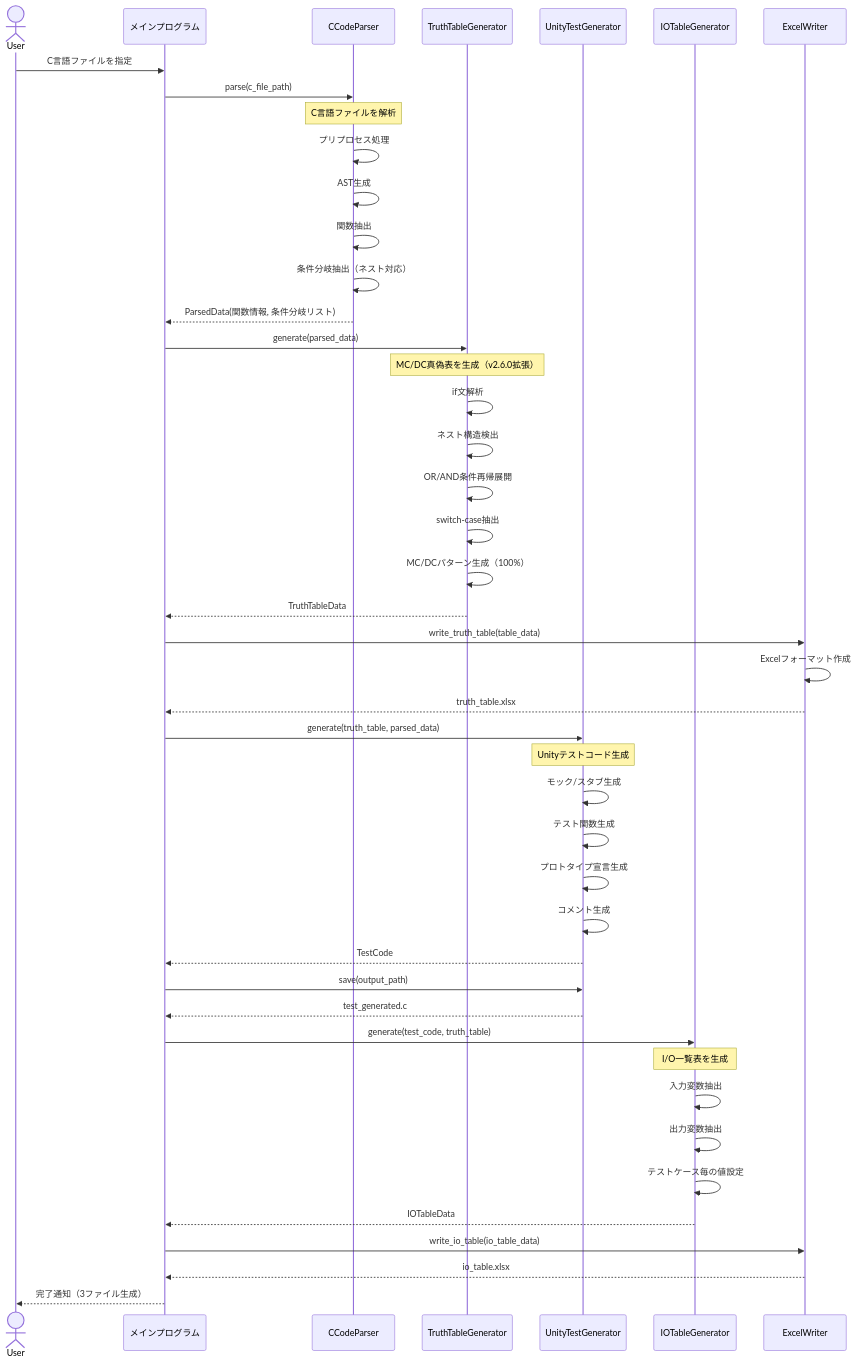
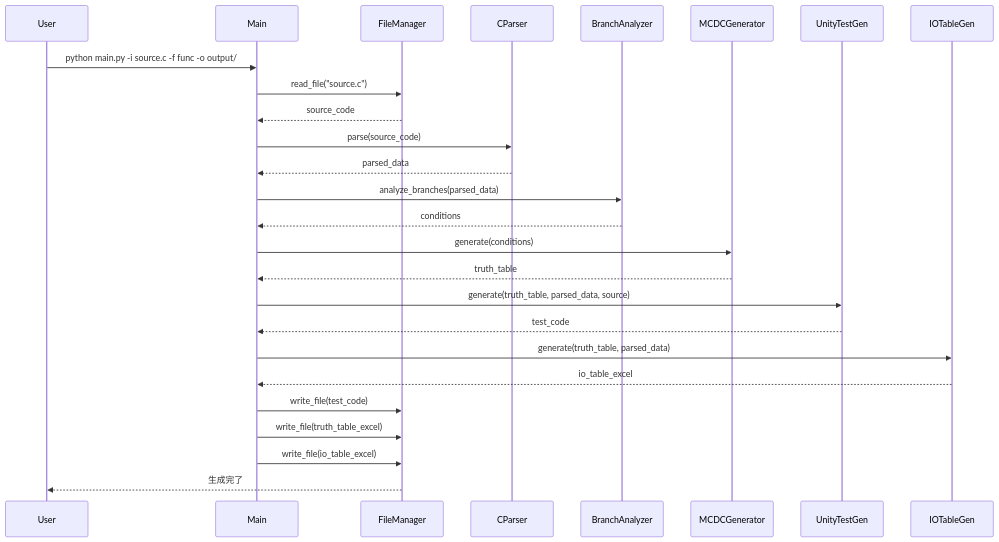
The first of 14 diagrams in doc/design_sequence_diagram.md (ryu5791/AutoUniTestGen), drawn with Mermaid before and after one commit. The commit also changed other lines of this file and 4 other files, not shown here.

````diff
--- a/doc/design_sequence_diagram.md
+++ b/doc/design_sequence_diagram.md
@@ -11,56 +22,37 @@
 ```mermaid
 sequenceDiagram
-    actor User
-    participant Main as メインプログラム
-    participant Parser as CCodeParser
-    participant TruthTable as TruthTableGenerator
-    participant TestGen as UnityTestGenerator
-    participant IOTable as IOTableGenerator
-    participant Excel as ExcelWriter
-
-    User->>Main: C言語ファイルを指定
-    Main->>Parser: parse(c_file_path)
+    participant User
+    participant Main
+    participant FileManager
+    participant CParser
+    participant BranchAnalyzer
+    participant MCDCGenerator
+    participant UnityTestGen
+    participant IOTableGen
     
-    Note over Parser: C言語ファイルを解析
-    Parser->>Parser: プリプロセス処理
-    Parser->>Parser: AST生成
-    Parser->>Parser: 関数抽出
-    Parser->>Parser: 条件分岐抽出（ネスト対応）
-    Parser-->>Main: ParsedData(関数情報, 条件分岐リスト)
+    User->>Main: python main.py -i source.c -f func -o output/
     
-    Main->>TruthTable: generate(parsed_data)
-    Note over TruthTable: MC/DC真偽表を生成（v2.6.0拡張）
-    TruthTable->>TruthTable: if文解析
-    TruthTable->>TruthTable: ネスト構造検出
-    TruthTable->>TruthTable: OR/AND条件再帰展開
-    TruthTable->>TruthTable: switch-case抽出
-    TruthTable->>TruthTable: MC/DCパターン生成（100%）
-    TruthTable-->>Main: TruthTableData
+    Main->>FileManager: read_file("source.c")
+    FileManager-->>Main: source_code
     
-    Main->>Excel: write_truth_table(table_data)
-    Excel->>Excel: Excelフォーマット作成
-    Excel-->>Main: truth_table.xlsx
+    Main->>CParser: parse(source_code)
+    CParser-->>Main: parsed_data
     
-    Main->>TestGen: generate(truth_table, parsed_data)
-    Note over TestGen: Unityテストコード生成
-    TestGen->>TestGen: モック/スタブ生成
-    TestGen->>TestGen: テスト関数生成
-    TestGen->>TestGen: プロトタイプ宣言生成
-    TestGen->>TestGen: コメント生成
-    TestGen-->>Main: TestCode
+    Main->>BranchAnalyzer: analyze_branches(parsed_data)
+    BranchAnalyzer-->>Main: conditions
     
-    Main->>TestGen: save(output_path)
-    TestGen-->>Main: test_generated.c
+    Main->>MCDCGenerator: generate(conditions)
+    MCDCGenerator-->>Main: truth_table
     
-    Main->>IOTable: generate(test_code, truth_table)
-    Note over IOTable: I/O一覧表を生成
-    IOTable->>IOTable: 入力変数抽出
-    IOTable->>IOTable: 出力変数抽出
-    IOTable->>IOTable: テストケース毎の値設定
-    IOTable-->>Main: IOTableData
+    Main->>UnityTestGen: generate(truth_table, parsed_data, source)
+    UnityTestGen-->>Main: test_code
     
-    Main->>Excel: write_io_table(io_table_data)
-    Excel-->>Main: io_table.xlsx
+    Main->>IOTableGen: generate(truth_table, parsed_data)
+    IOTableGen-->>Main: io_table_excel
     
-    Main-->>User: 完了通知（3ファイル生成）
+    Main->>FileManager: write_file(test_code)
+    Main->>FileManager: write_file(truth_table_excel)
+    Main->>FileManager: write_file(io_table_excel)
+    
+    FileManager-->>User: 生成完了
 ```
````
